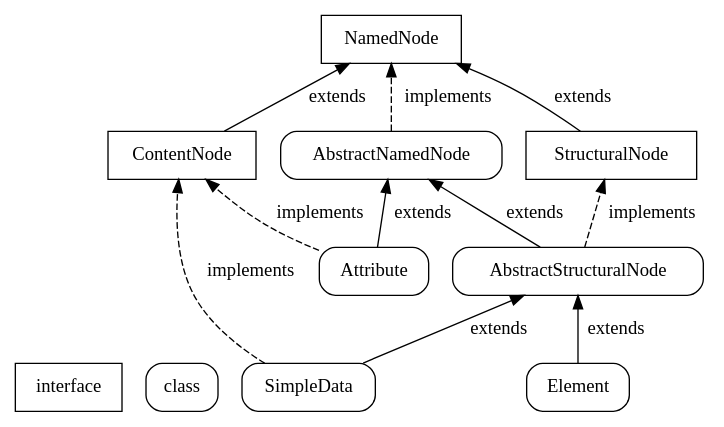
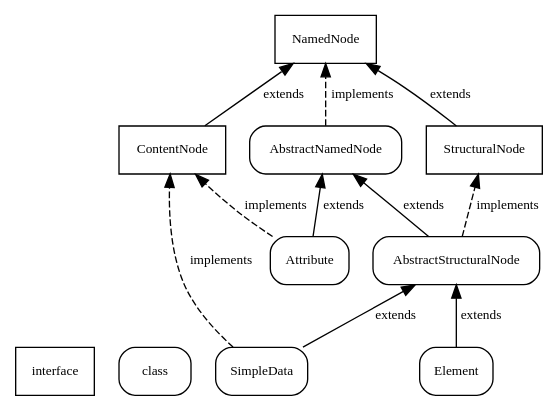
One commit to otmarjr/jInfer-fork changed the diagram in doc/jInfer/full/architecture/nodes.gv. Above: the diagram before and after it, drawn with Graphviz. The commit also changed 11 other files, not shown here.

Commit message:
3154619 Create documentation for jInfer architecture - better fonts and pictures

```diff
--- a/doc/jInfer/full/architecture/nodes.gv
+++ b/doc/jInfer/full/architecture/nodes.gv
@@ -1,29 +1,30 @@
 digraph nodes {
 	rankdir = BT;
-	node [shape = rectangle];
+	node [shape = rectangle, fontname = "TeXGyrePagella-Regular", fontsize = 10];
+	edge [fontname = "TeXGyrePagella-Regular", fontsize = 10];
 	interface [style = solid];
 	class [style= rounded, label = "class"];
 	
 	NamedNode;
 	StructuralNode;
 	ContentNode;
 	Element [style= rounded];
 	SimpleData [style= rounded];
 	Attribute [style= rounded];
 	AbstractNamedNode [style= rounded];
 	AbstractStructuralNode [style= rounded];
 	
 	StructuralNode -> NamedNode [label = "extends"];
 	ContentNode -> NamedNode [label = "extends"];
 	AbstractNamedNode -> NamedNode [style = dashed, label = "implements"];
 	
 	AbstractStructuralNode -> StructuralNode [style = dashed, label = "implements"];
 	AbstractStructuralNode -> AbstractNamedNode [label = "extends"];
 	
 	Element -> AbstractStructuralNode [label = "extends"];
 	SimpleData -> AbstractStructuralNode [label = "extends"];
 	SimpleData -> ContentNode [style = dashed, label = "implements"];
 	
 	Attribute -> AbstractNamedNode [label = "extends"];
 	Attribute -> ContentNode [style = dashed, label = "implements"];
 }
```
